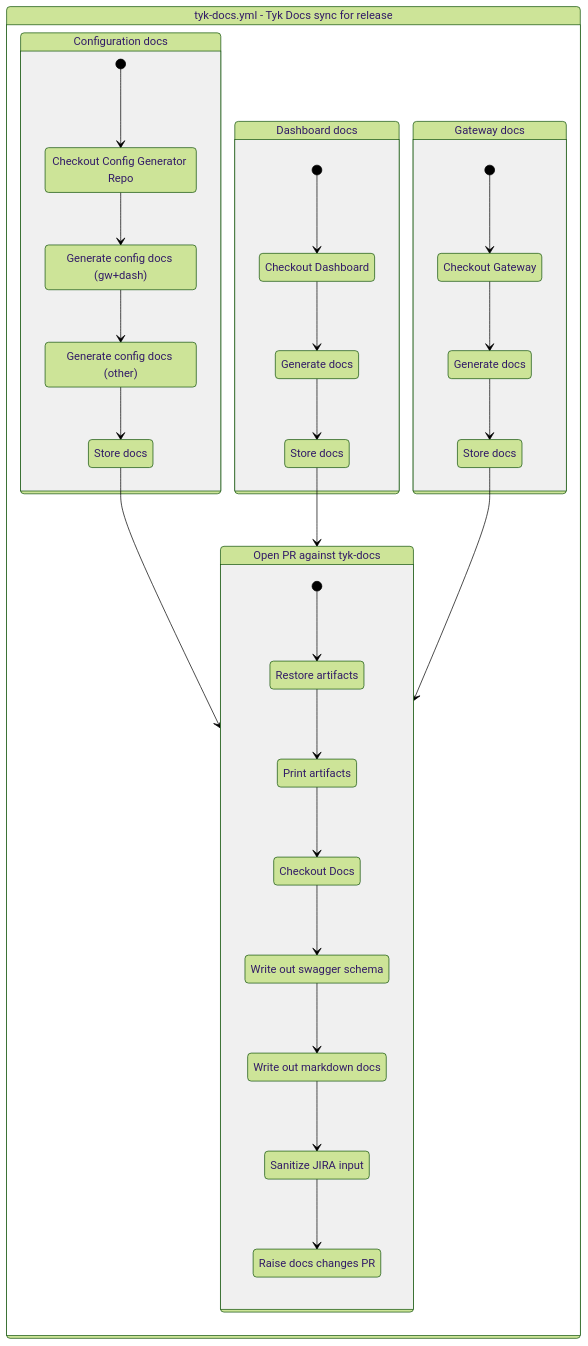
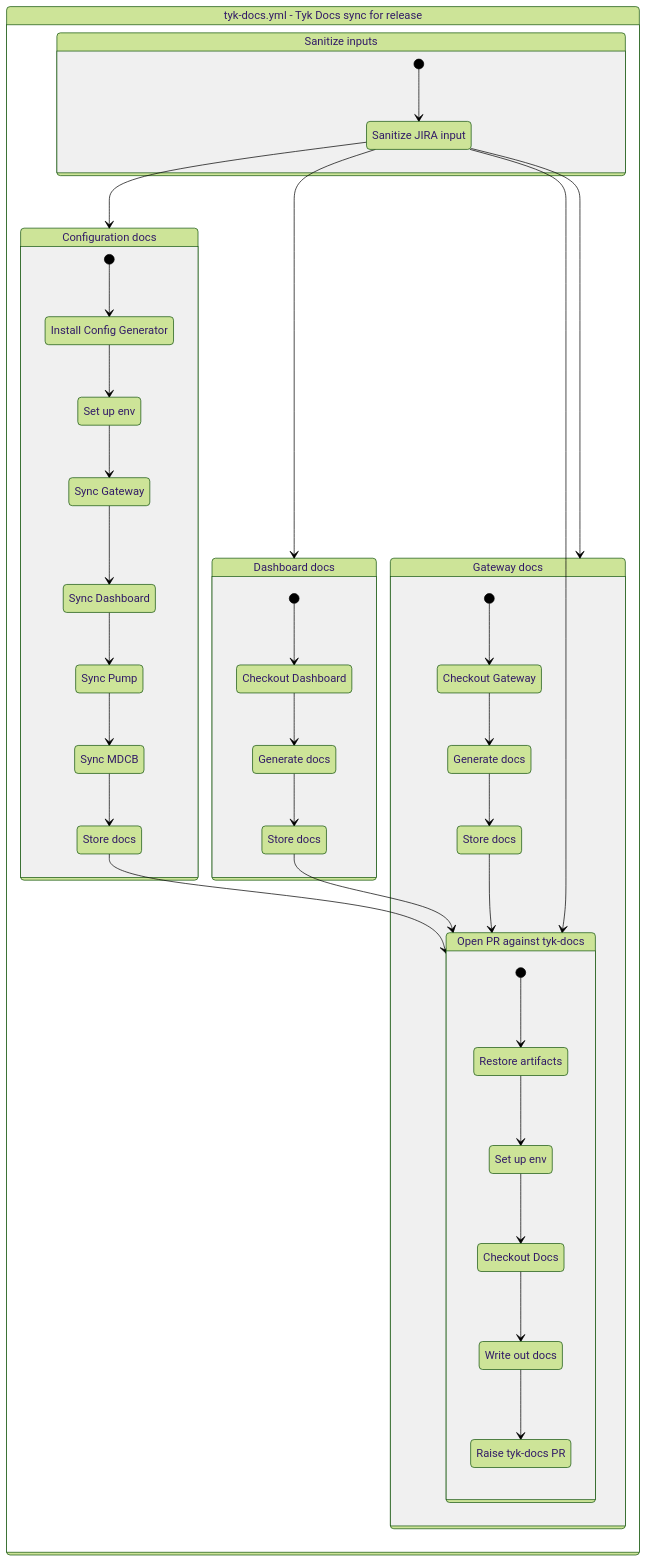
One commit to TykTechnologies/exp changed the diagram in docs/github-actions/exp/tyk-docs.yml.mermaid. Above: the diagram before and after it, drawn with Mermaid (forest theme). The commit also changed 1 other file, not shown here.

Commit message:
Update tyk-docs workflow diagram

```diff
--- a/docs/github-actions/exp/tyk-docs.yml.mermaid
+++ b/docs/github-actions/exp/tyk-docs.yml.mermaid
@@ -1,56 +1,68 @@
 stateDiagram-v2
     workflow : tyk-docs.yml - Tyk Docs sync for release
     state workflow {
+        sanitize: Sanitize inputs
+        state sanitize {
+            [*] --> step0sanitize
+            step0sanitize : Sanitize JIRA input
+            step0sanitize --> configs
+            step0sanitize --> dashboard
+            step0sanitize --> finish
+            step0sanitize --> gateway
+        }
+
         configs: Configuration docs
         state configs {
             [*] --> step0configs
-            step0configs : Checkout Config Generator Repo
+            step0configs : Install Config Generator
             step0configs --> step1configs
-            step1configs : Generate config docs (gw+dash)
+            step1configs : Set up env
             step1configs --> step2configs
-            step2configs : Generate config docs (other)
+            step2configs : Sync Gateway
             step2configs --> step3configs
-            step3configs : Store docs
-            step3configs --> finish
+            step3configs : Sync Dashboard
+            step3configs --> step4configs
+            step4configs : Sync Pump
+            step4configs --> step5configs
+            step5configs : Sync MDCB
+            step5configs --> step6configs
+            step6configs : Store docs
+            step6configs --> finish
         }
 
         dashboard: Dashboard docs
         state dashboard {
             [*] --> step0dashboard
             step0dashboard : Checkout Dashboard
             step0dashboard --> step1dashboard
             step1dashboard : Generate docs
             step1dashboard --> step2dashboard
             step2dashboard : Store docs
             step2dashboard --> finish
         }
 
+        finish: Open PR against tyk-docs
+        state finish {
+            [*] --> step0finish
+            step0finish : Restore artifacts
+            step0finish --> step1finish
+            step1finish : Set up env
+            step1finish --> step2finish
+            step2finish : Checkout Docs
+            step2finish --> step3finish
+            step3finish : Write out docs
+            step3finish --> step4finish
+            step4finish : Raise tyk-docs PR
+        }
+
         gateway: Gateway docs
         state gateway {
             [*] --> step0gateway
             step0gateway : Checkout Gateway
             step0gateway --> step1gateway
             step1gateway : Generate docs
             step1gateway --> step2gateway
             step2gateway : Store docs
             step2gateway --> finish
         }
-
-        finish: Open PR against tyk-docs
-        state finish {
-            [*] --> step0finish
-            step0finish : Restore artifacts
-            step0finish --> step1finish
-            step1finish : Print artifacts
-            step1finish --> step2finish
-            step2finish : Checkout Docs
-            step2finish --> step3finish
-            step3finish : Write out swagger schema
-            step3finish --> step4finish
-            step4finish : Write out markdown docs
-            step4finish --> step5finish
-            step5finish : Sanitize JIRA input
-            step5finish --> step6finish
-            step6finish : Raise docs changes PR
-        }
     }
```
